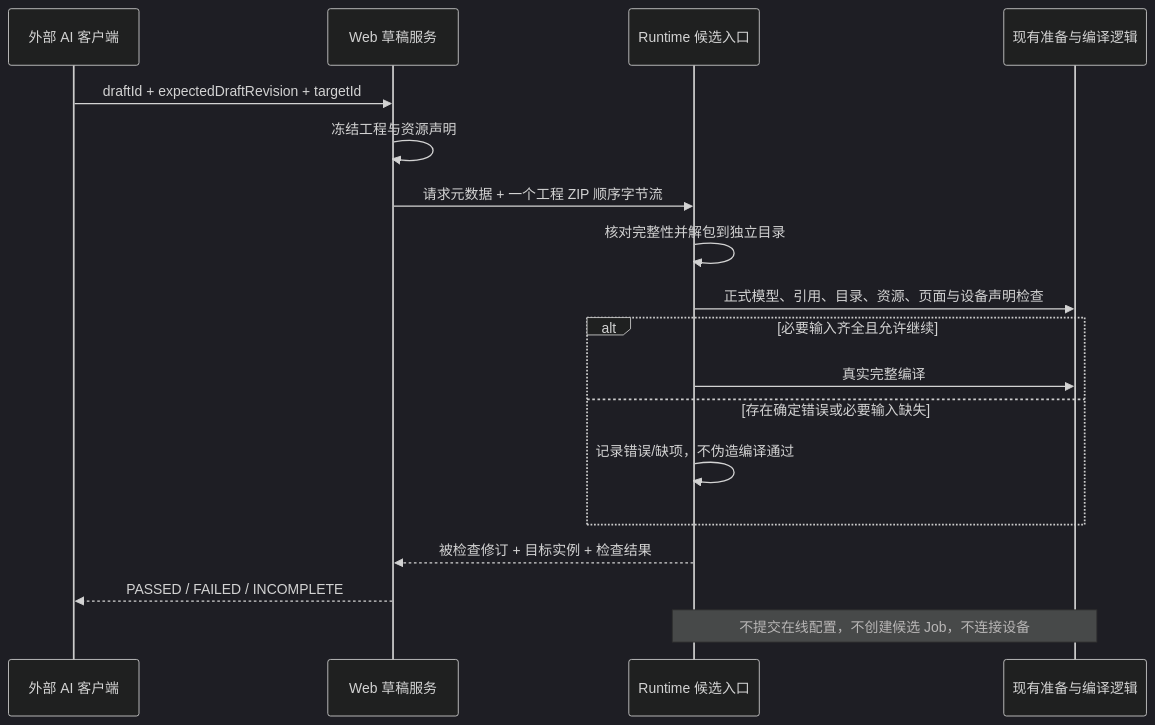
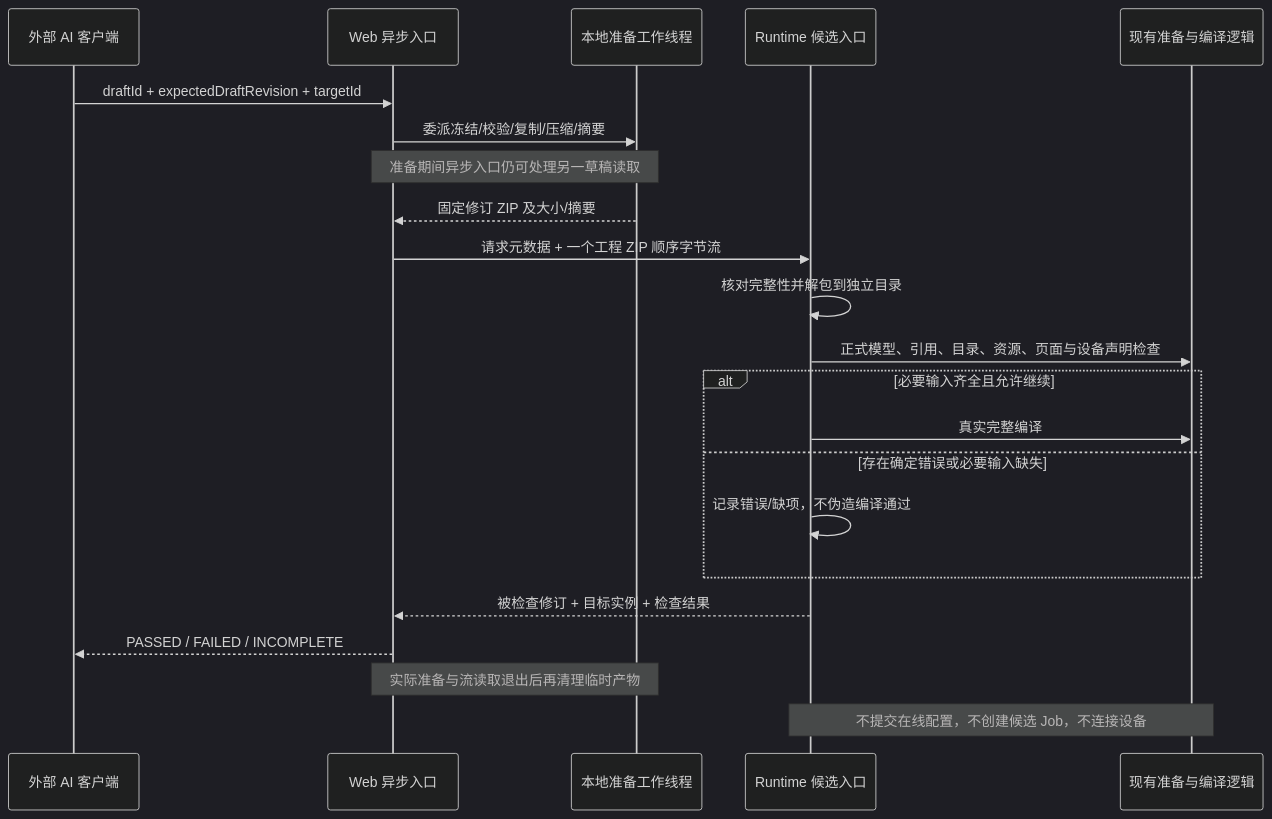
Before and after one commit to jsdfhasuh/emo_master: the third of 3 diagrams in openspec/changes/add-independent-project-authoring/design.md, drawn with Mermaid (dark theme). The commit also changed other lines of this file and 67 other files, not shown here.

````diff
--- a/openspec/changes/add-independent-project-authoring/design.md
+++ b/openspec/changes/add-independent-project-authoring/design.md
@@ -229,20 +244,24 @@
 ```mermaid
 sequenceDiagram
     participant AI as 外部 AI 客户端
-    participant W as Web 草稿服务
+    participant W as Web 异步入口
+    participant P as 本地准备工作线程
     participant R as Runtime 候选入口
     participant C as 现有准备与编译逻辑
     AI->>W: draftId + expectedDraftRevision + targetId
-    W->>W: 冻结工程与资源声明
+    W->>P: 委派冻结/校验/复制/压缩/摘要
+    Note over W,P: 准备期间异步入口仍可处理另一草稿读取
+    P-->>W: 固定修订 ZIP 及大小/摘要
     W->>R: 请求元数据 + 一个工程 ZIP 顺序字节流
     R->>R: 核对完整性并解包到独立目录
     R->>C: 正式模型、引用、目录、资源、页面与设备声明检查
     alt 必要输入齐全且允许继续
         R->>C: 真实完整编译
     else 存在确定错误或必要输入缺失
         R->>R: 记录错误/缺项，不伪造编译通过
     end
     R-->>W: 被检查修订 + 目标实例 + 检查结果
     W-->>AI: PASSED / FAILED / INCOMPLETE
+    Note over W,P: 实际准备与流读取退出后再清理临时产物
     Note over R,C: 不提交在线配置，不创建候选 Job，不连接设备
 ```
````
